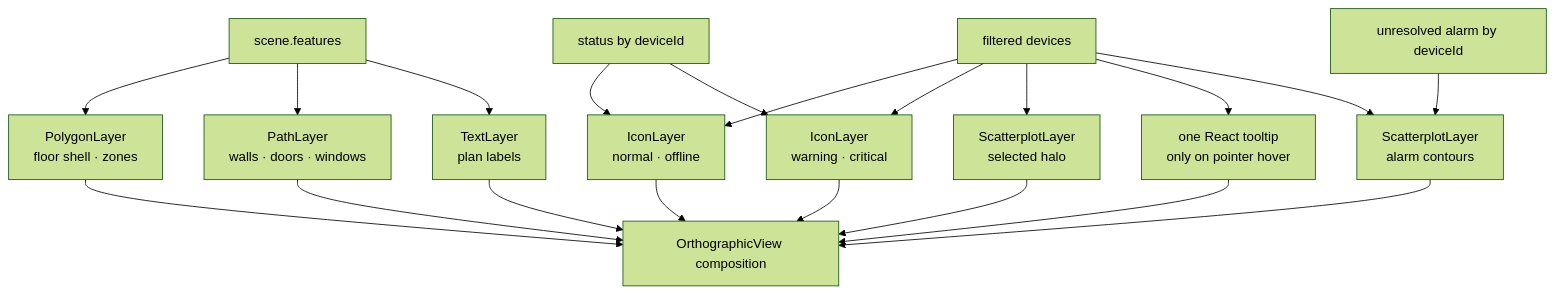
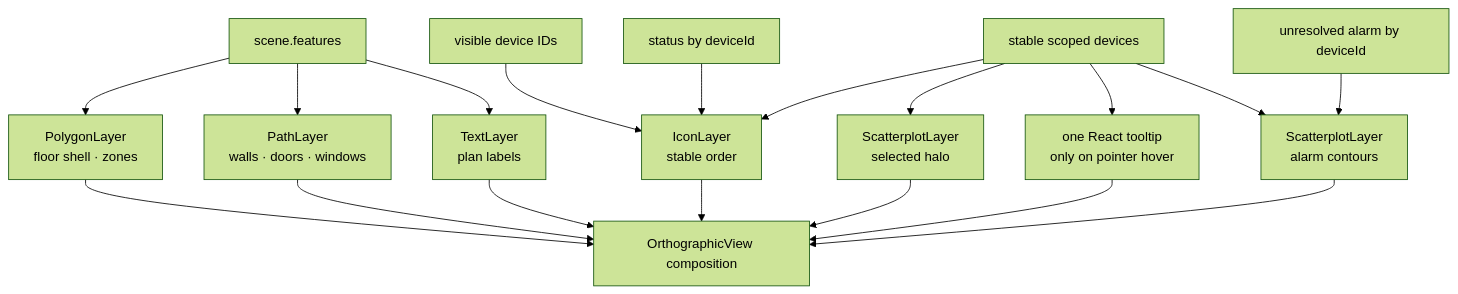
The third of 3 diagrams in docs/frontend-architecture.md (mbob72/building-operator-demo), drawn with Mermaid (forest theme) before and after one commit. The commit also changed other lines of this file and 48 other files, not shown here.

````diff
--- a/docs/frontend-architecture.md
+++ b/docs/frontend-architecture.md
@@ -239,29 +239,28 @@
 ```mermaid
 flowchart TB
     SceneFeatures["scene.features"]
-    Devices["filtered devices"]
+    Devices["stable scoped devices"]
+    Visible["visible device IDs"]
     Telemetry["status by deviceId"]
     Alarms["unresolved alarm by deviceId"]
 
     SceneFeatures --> Polygons["PolygonLayer<br/>floor shell · zones"]
     SceneFeatures --> Paths["PathLayer<br/>walls · doors · windows"]
     SceneFeatures --> SceneLabels["TextLayer<br/>plan labels"]
 
-    Devices --> Normal["IconLayer<br/>normal · offline"]
-    Devices --> Priority["IconLayer<br/>warning · critical"]
-    Telemetry --> Normal
-    Telemetry --> Priority
+    Devices --> DeviceLayer["IconLayer<br/>stable order"]
+    Visible --> DeviceLayer
+    Telemetry --> DeviceLayer
     Devices --> Selection["ScatterplotLayer<br/>selected halo"]
     Devices --> Hover["one React tooltip<br/>only on pointer hover"]
     Devices --> AlarmContours["ScatterplotLayer<br/>alarm contours"]
     Alarms --> AlarmContours
 
     Polygons --> Composition["OrthographicView composition"]
     Paths --> Composition
     SceneLabels --> Composition
-    Normal --> Composition
-    Priority --> Composition
+    DeviceLayer --> Composition
     Selection --> Composition
     Hover --> Composition
     AlarmContours --> Composition
 ```
````
